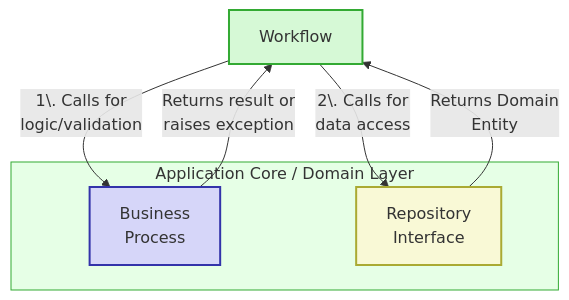
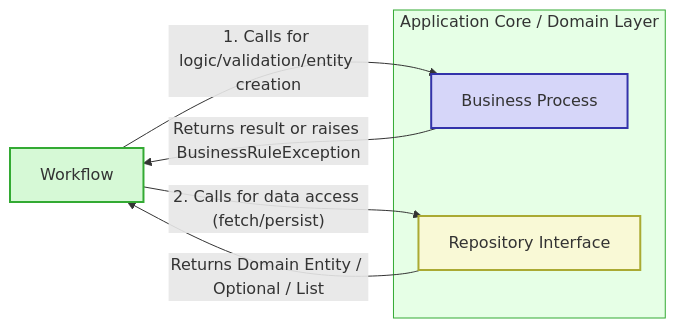
The second of 4 diagrams in architecture-guide.md (bluedevilx/ai-driven-development), drawn with Mermaid before and after one commit. The commit also changed other lines of this file, not shown here.

````diff
--- a/architecture-guide.md
+++ b/architecture-guide.md
@@ -183,30 +144,24 @@
 ```mermaid
-flowchart TD
+flowchart LR
     WF[Workflow]
-    
+
     subgraph DomainLayer["Application Core / Domain Layer"]
-        BP[Business 
-        Process]
-        RI[Repository 
-        Interface]
-    end      
-    
-    WF -->|"1\. Calls for 
-    logic/validation"| BP
-    WF -->|"2\. Calls for 
-    data access"| RI
-    BP -->|"Returns result or 
-    raises exception"| WF
-    RI -->|"Returns Domain 
-    Entity"| WF
-    
+        BP[Business Process]
+        RI[Repository Interface]
+    end
+
+    WF -->|"1. Calls for logic/validation/entity creation"| BP
+    WF -->|"2. Calls for data access (fetch/persist)"| RI
+    BP -->|"Returns result or raises BusinessRuleException"| WF
+    RI -->|"Returns Domain Entity / Optional / List"| WF
+
     classDef workflow fill:#d6f9d6,stroke:#3a3,stroke-width:2px
     classDef bp fill:#d6d6f9,stroke:#33a,stroke-width:2px
     classDef repo fill:#f9f9d6,stroke:#aa3,stroke-width:2px
     classDef domain fill:#e6ffe6,stroke:#3a3,stroke-width:1px
-    
+
     class WF workflow
     class BP bp
     class RI repo
     class DomainLayer domain
 ```
````
